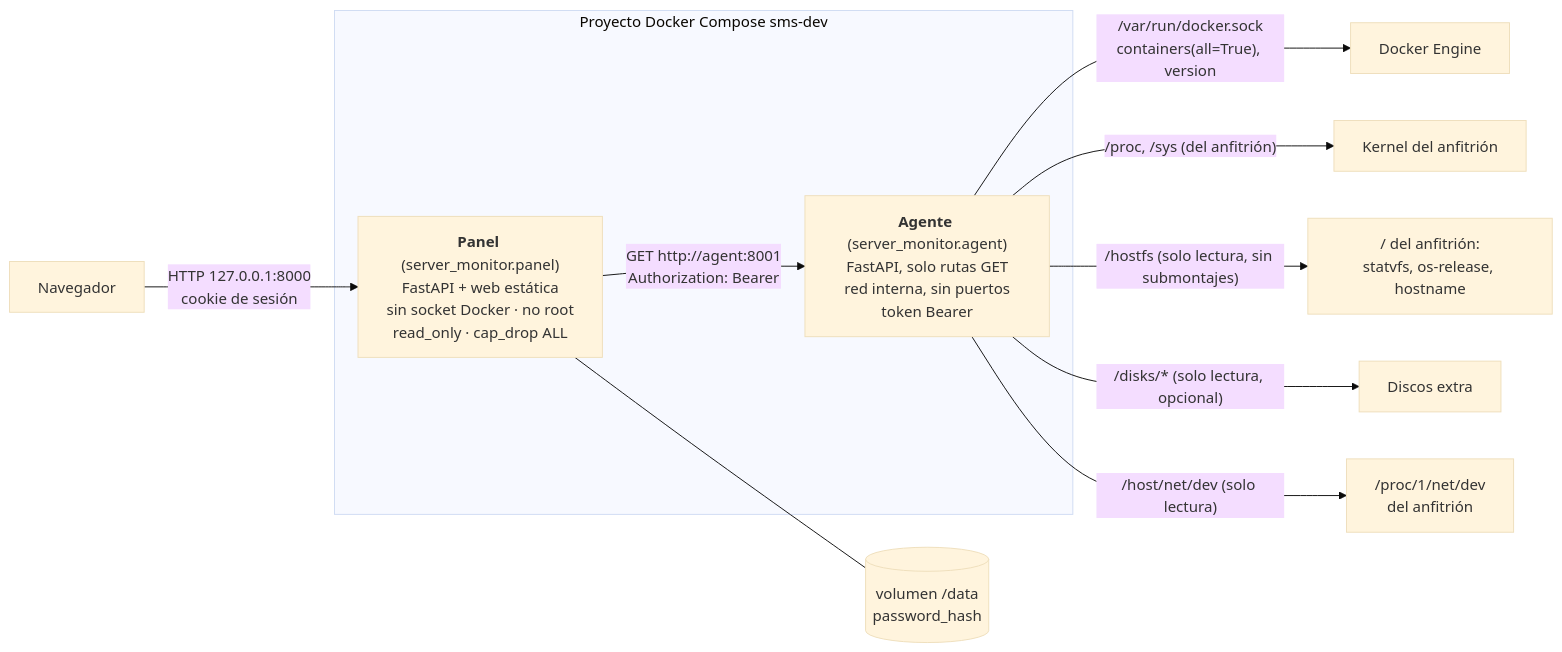
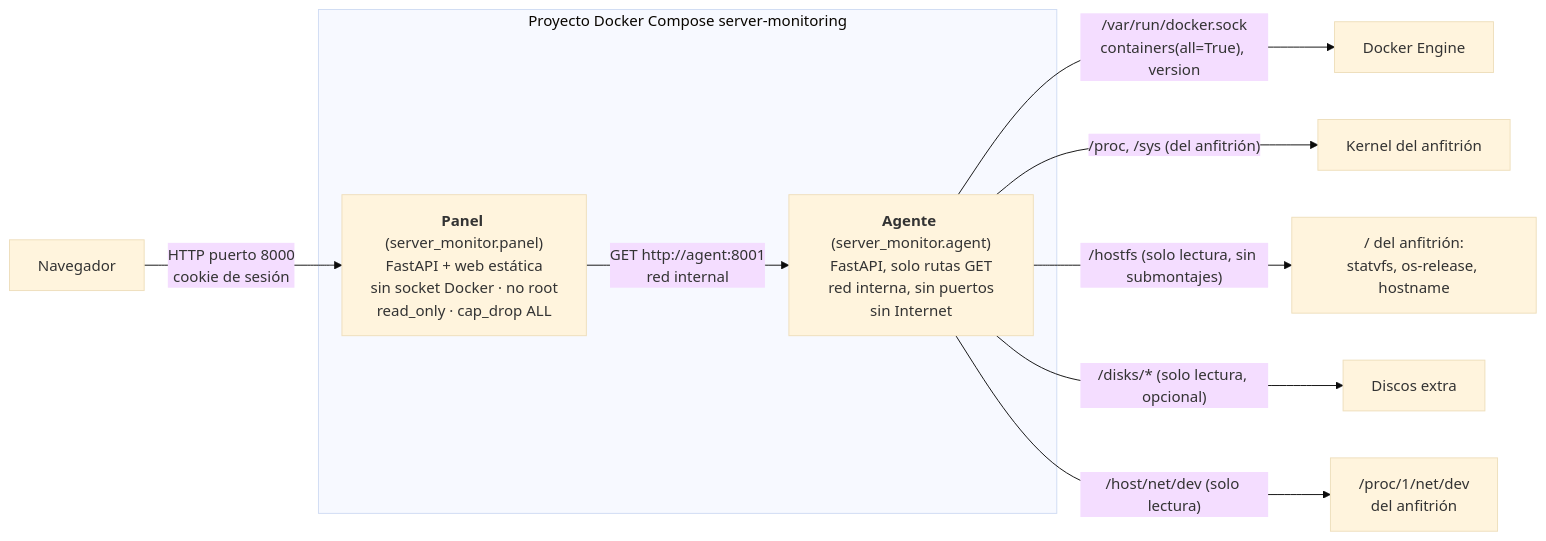
The first of 2 diagrams in docs/03-arquitectura.md (javialbala/Server-Monitoring-Service), drawn with Mermaid (base theme) before and after one commit. The commit also changed other lines of this file and 17 other files, not shown here.

````diff
--- a/docs/03-arquitectura.md
+++ b/docs/03-arquitectura.md
@@ -13,17 +13,16 @@
 ```mermaid
 flowchart LR
-    N[Navegador] -- "HTTP 127.0.0.1:8000<br/>cookie de sesión" --> P
+    N[Navegador] -- "HTTP puerto 8000<br/>cookie de sesión" --> P
 
-    subgraph Compose[Proyecto Docker Compose sms-dev]
+    subgraph Compose[Proyecto Docker Compose server-monitoring]
         P["<b>Panel</b> (server_monitor.panel)<br/>FastAPI + web estática<br/>sin socket Docker · no root<br/>read_only · cap_drop ALL"]
-        A["<b>Agente</b> (server_monitor.agent)<br/>FastAPI, solo rutas GET<br/>red interna, sin puertos<br/>token Bearer"]
-        P -- "GET http://agent:8001<br/>Authorization: Bearer" --> A
+        A["<b>Agente</b> (server_monitor.agent)<br/>FastAPI, solo rutas GET<br/>red interna, sin puertos<br/>sin Internet"]
+        P -- "GET http://agent:8001<br/>red internal" --> A
     end
 
     A -- "/var/run/docker.sock<br/>containers(all=True), version" --> D[Docker Engine]
     A -- "/proc, /sys (del anfitrión)" --> K[Kernel del anfitrión]
     A -- "/hostfs (solo lectura, sin submontajes)" --> F["/ del anfitrión:<br/>statvfs, os-release, hostname"]
     A -- "/disks/* (solo lectura, opcional)" --> E[Discos extra]
     A -- "/host/net/dev (solo lectura)" --> R["/proc/1/net/dev<br/>del anfitrión"]
-    P --- V[("volumen /data<br/>password_hash")]
 ```
````
